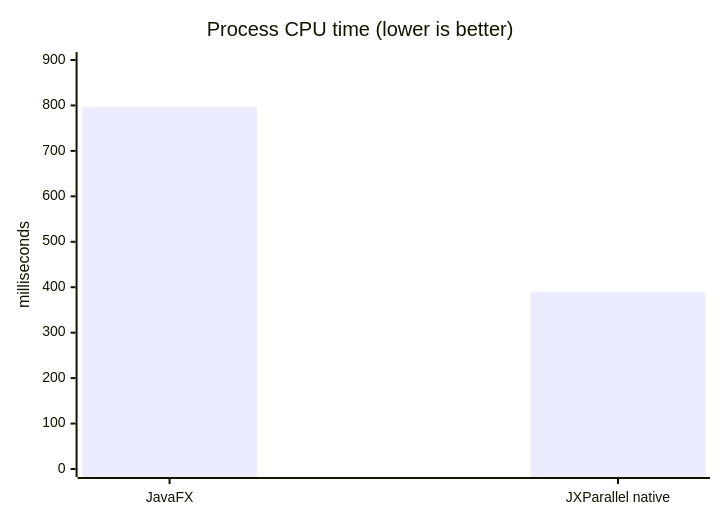
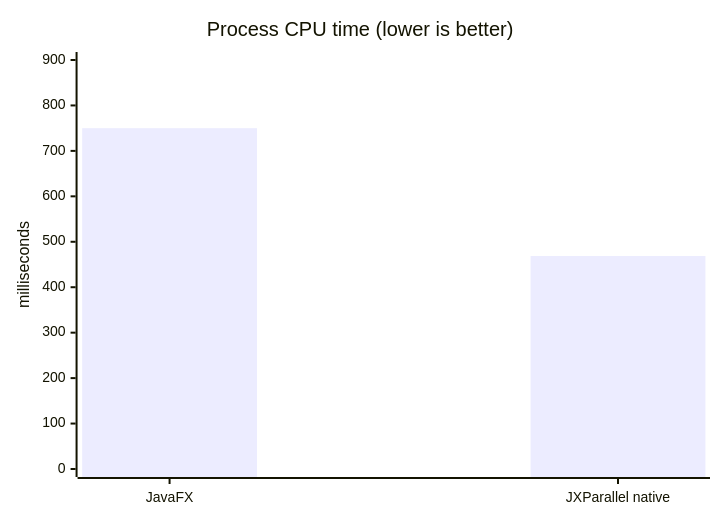
The third of 5 diagrams in README.md (Bacuriim/JXParallel), drawn with Mermaid before and after one commit. The commit also changed other lines of this file and 2 other files, not shown here.

````diff
--- a/README.md
+++ b/README.md
@@ -269,7 +269,7 @@
 ```mermaid
 xychart-beta
     title "Process CPU time (lower is better)"
     x-axis ["JavaFX", "JXParallel native"]
     y-axis "milliseconds" 0 --> 900
-    bar [796.875, 390.625]
+    bar [750.000, 468.750]
 ```
````
